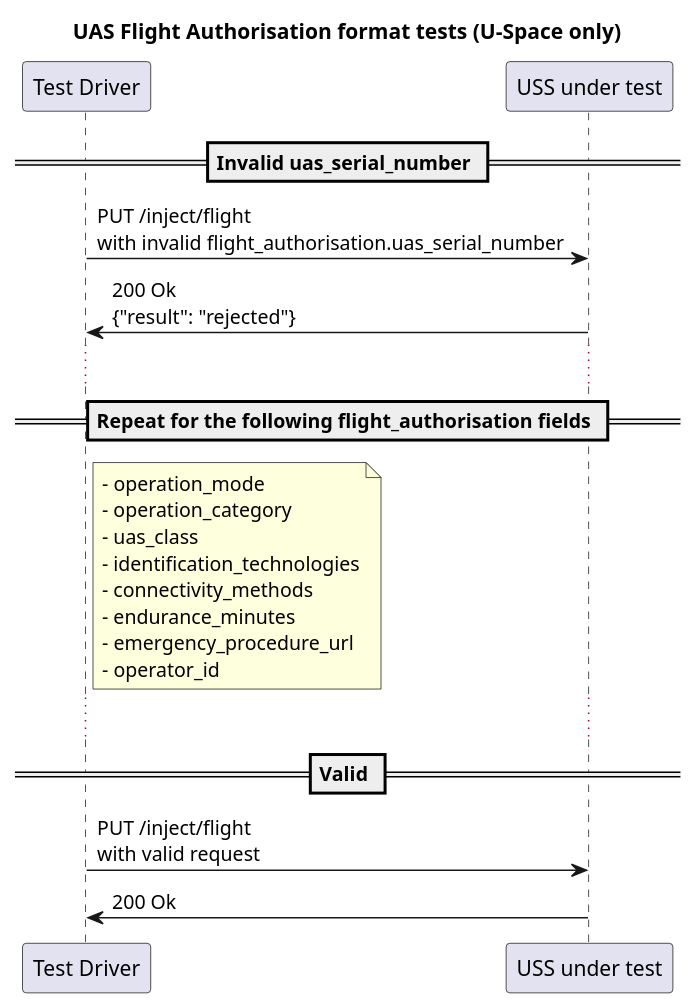
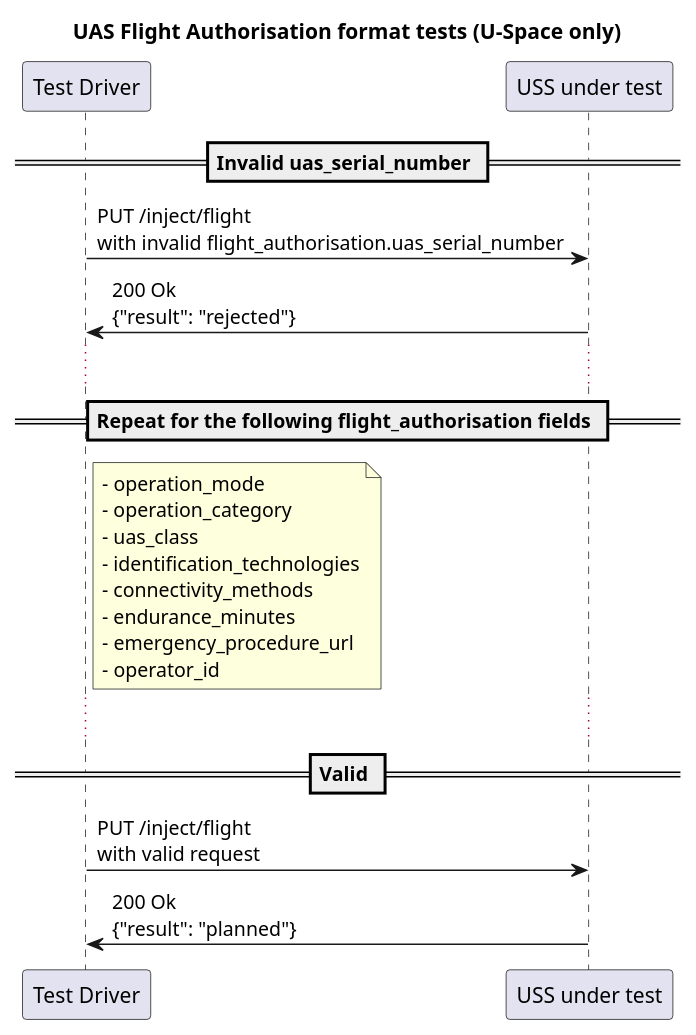
Before and after one commit to interuss/dss: the diagram in interfaces/automated-testing/scd/design/format/uas_flight_authorization.plantuml, drawn with PlantUML.

Commit message:
[automated-testing/scd] Add missing response

```diff
--- a/interfaces/automated-testing/scd/design/format/uas_flight_authorization.plantuml
+++ b/interfaces/automated-testing/scd/design/format/uas_flight_authorization.plantuml
@@ -1,30 +1,30 @@
 @startuml
 title UAS Flight Authorisation format tests (U-Space only)
 
 participant "Test Driver" as TD
 participant "USS under test" as USS
 
 == Invalid uas_serial_number ==
 TD -> USS: PUT /inject/flight\nwith invalid flight_authorisation.uas_serial_number
 TD <- USS: 200 Ok\n{"result": "rejected"}
 
 ...
 
 == Repeat for the following flight_authorisation fields ==
 note right of TD
 - operation_mode
 - operation_category
 - uas_class
 - identification_technologies
 - connectivity_methods
 - endurance_minutes
 - emergency_procedure_url
 - operator_id
 end note
 
 ...
 
 == Valid ==
 TD -> USS: PUT /inject/flight\nwith valid request
-TD <- USS: 200 Ok
+TD <- USS: 200 Ok\n{"result": "planned"}
 @enduml
```
